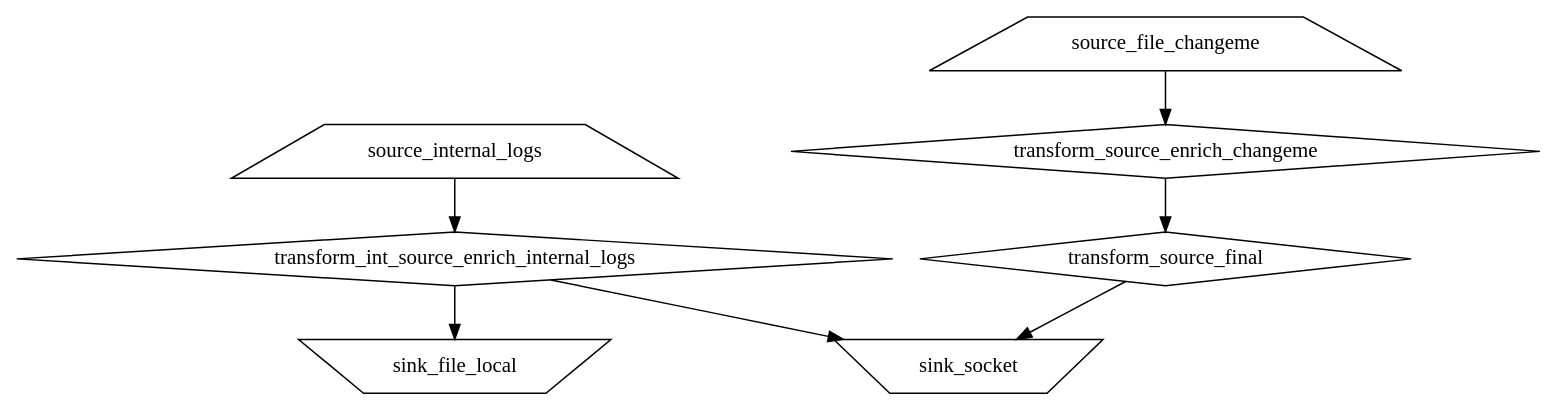
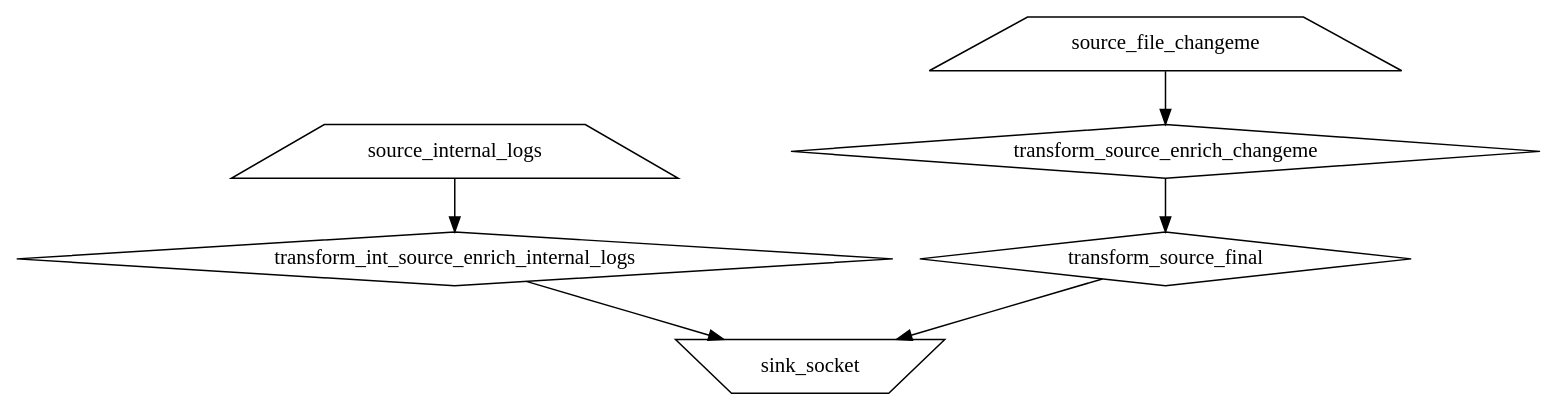
The diagram in docs/agent.dot (ypid/event-processing-framework), drawn with Graphviz before and after one commit. The commit also changed 2 other files, not shown here.

Commit message:
fix: do not archive vector internal logs below /var/log/ automatically
If you want this, configure it yourself but it is not a good default for
the framework.

```diff
--- a/docs/agent.dot
+++ b/docs/agent.dot
@@ -1,15 +1,13 @@
 digraph {
   "source_internal_logs" [shape=trapezium]
   "source_file_changeme" [shape=trapezium]
   "transform_source_final" [shape=diamond]
   "transform_source_enrich_changeme" -> "transform_source_final"
   "transform_source_enrich_changeme" [shape=diamond]
   "source_file_changeme" -> "transform_source_enrich_changeme"
   "transform_int_source_enrich_internal_logs" [shape=diamond]
   "source_internal_logs" -> "transform_int_source_enrich_internal_logs"
-  "sink_file_local" [shape=invtrapezium]
-  "transform_int_source_enrich_internal_logs" -> "sink_file_local"
   "sink_socket" [shape=invtrapezium]
   "transform_source_final" -> "sink_socket"
   "transform_int_source_enrich_internal_logs" -> "sink_socket"
 }
```
